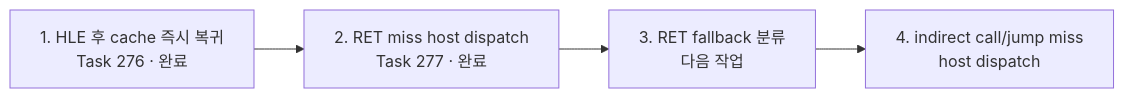
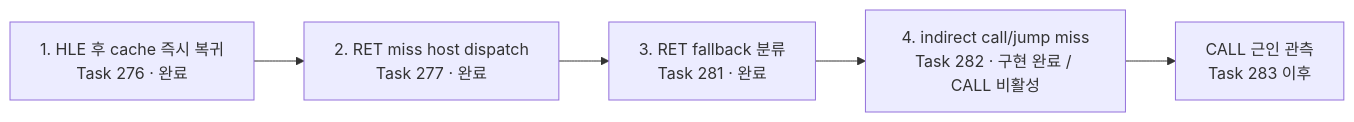
Before and after one commit to nworkers/rePIU: the diagram in docs/design/20260724-280-aot-dbt-four-stage-roadmap.md, drawn with Mermaid. The commit also changed other lines of this file and 58 other files, not shown here.

````diff
--- a/docs/design/20260724-280-aot-dbt-four-stage-roadmap.md
+++ b/docs/design/20260724-280-aot-dbt-four-stage-roadmap.md
@@ -16,7 +17,8 @@
 ```mermaid
 flowchart LR
     P1["1. HLE 후 cache 즉시 복귀<br/>Task 276 · 완료"] -->
     P2["2. RET miss host dispatch<br/>Task 277 · 완료"]
-    P2 --> P3["3. RET fallback 분류<br/>다음 작업"]
-    P3 --> P4["4. indirect call/jump miss<br/>host dispatch"]
+    P2 --> P3["3. RET fallback 분류<br/>Task 281 · 완료"]
+    P3 --> P4["4. indirect call/jump miss<br/>Task 282 · 구현 완료 / CALL 비활성"]
+    P4 --> P5["CALL 근인 관측<br/>Task 283 이후"]
 ```
````
